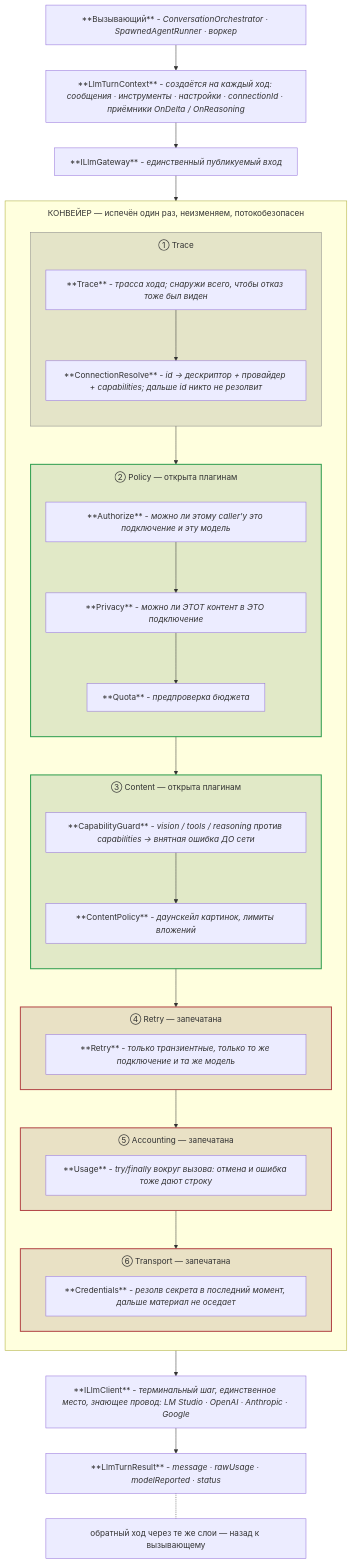
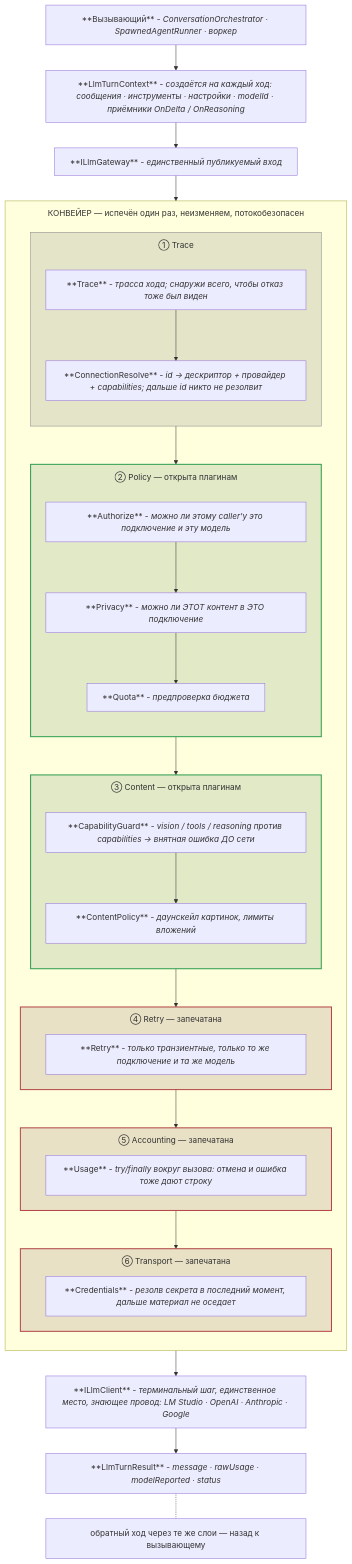
Before and after one commit to KOE73/SPLA: the first of 4 diagrams in docs/adr/ADR_20260731_llm_pipeline-diagrams.md, drawn with Mermaid. The commit also changed 20 other files, not shown here.

First line of the commit message:
feat(llm): connections become a tree of connection → models

````diff
--- a/docs/adr/ADR_20260731_llm_pipeline-diagrams.md
+++ b/docs/adr/ADR_20260731_llm_pipeline-diagrams.md
@@ -13,61 +13,61 @@
 ```mermaid
 %%{init: {'flowchart': {'subGraphTitleMargin': {'top': 12, 'bottom': 12}, 'nodeSpacing': 40, 'rankSpacing': 50, 'wrappingWidth': 450, 'htmlLabels': true}}}%%
 flowchart TB
     CALLER["**Вызывающий** - <i>ConversationOrchestrator · SpawnedAgentRunner · воркер</i>"]
-    CTX["**LlmTurnContext** - <i>создаётся на каждый ход: сообщения · инструменты · настройки · connectionId · приёмники OnDelta / OnReasoning</i>"]
+    CTX["**LlmTurnContext** - <i>создаётся на каждый ход: сообщения · инструменты · настройки · modelId · приёмники OnDelta / OnReasoning</i>"]
     GW["**ILlmGateway** - <i>единственный публикуемый вход</i>"]
 
     CALLER --> CTX --> GW
 
     subgraph PIPE["КОНВЕЙЕР — испечён один раз, неизменяем, потокобезопасен"]
         direction TB
 
         subgraph ST1["① Trace"]
             direction TB
             M1["**Trace** - <i>трасса хода; снаружи всего, чтобы отказ тоже был виден</i>"]
             M2["**ConnectionResolve** - <i>id → дескриптор + провайдер + capabilities; дальше id никто не резолвит</i>"]
             M1 --> M2
         end
 
         subgraph ST2["② Policy — открыта плагинам"]
             direction TB
             M3["**Authorize** - <i>можно ли этому caller'у это подключение и эту модель</i>"]
             M4["**Privacy** - <i>можно ли ЭТОТ контент в ЭТО подключение</i>"]
             M5["**Quota** - <i>предпроверка бюджета</i>"]
             M3 --> M4 --> M5
         end
 
         subgraph ST3["③ Content — открыта плагинам"]
             direction TB
             M6["**CapabilityGuard** - <i>vision / tools / reasoning против capabilities → внятная ошибка ДО сети</i>"]
             M7["**ContentPolicy** - <i>даунскейл картинок, лимиты вложений</i>"]
             M6 --> M7
         end
 
         subgraph ST4["④ Retry — запечатана"]
             M8["**Retry** - <i>только транзиентные, только то же подключение и та же модель</i>"]
         end
 
         subgraph ST5["⑤ Accounting — запечатана"]
             M9["**Usage** - <i>try/finally вокруг вызова: отмена и ошибка тоже дают строку</i>"]
         end
 
         subgraph ST6["⑥ Transport — запечатана"]
             M10["**Credentials** - <i>резолв секрета в последний момент, дальше материал не оседает</i>"]
         end
 
         ST1 --> ST2 --> ST3 --> ST4 --> ST5 --> ST6
     end
 
     GW --> ST1
     ST6 --> PROV["**ILlmClient** - <i>терминальный шаг, единственное место, знающее провод: LM Studio · OpenAI · Anthropic · Google</i>"]
     PROV --> RES["**LlmTurnResult** - <i>message · rawUsage · modelReported · status</i>"]
     RES -.- BACK["обратный ход через те же слои — назад к вызывающему"]
 
     classDef open fill:#1f5c2e22,stroke:#2f9e4f,stroke-width:2px
     classDef sealedStage fill:#5c1f1f22,stroke:#b34747,stroke-width:2px
     classDef neutral fill:#3a3a3a22,stroke:#888,stroke-width:1px
     class ST2,ST3 open
     class ST4,ST5,ST6 sealedStage
     class ST1 neutral
 ```
````
